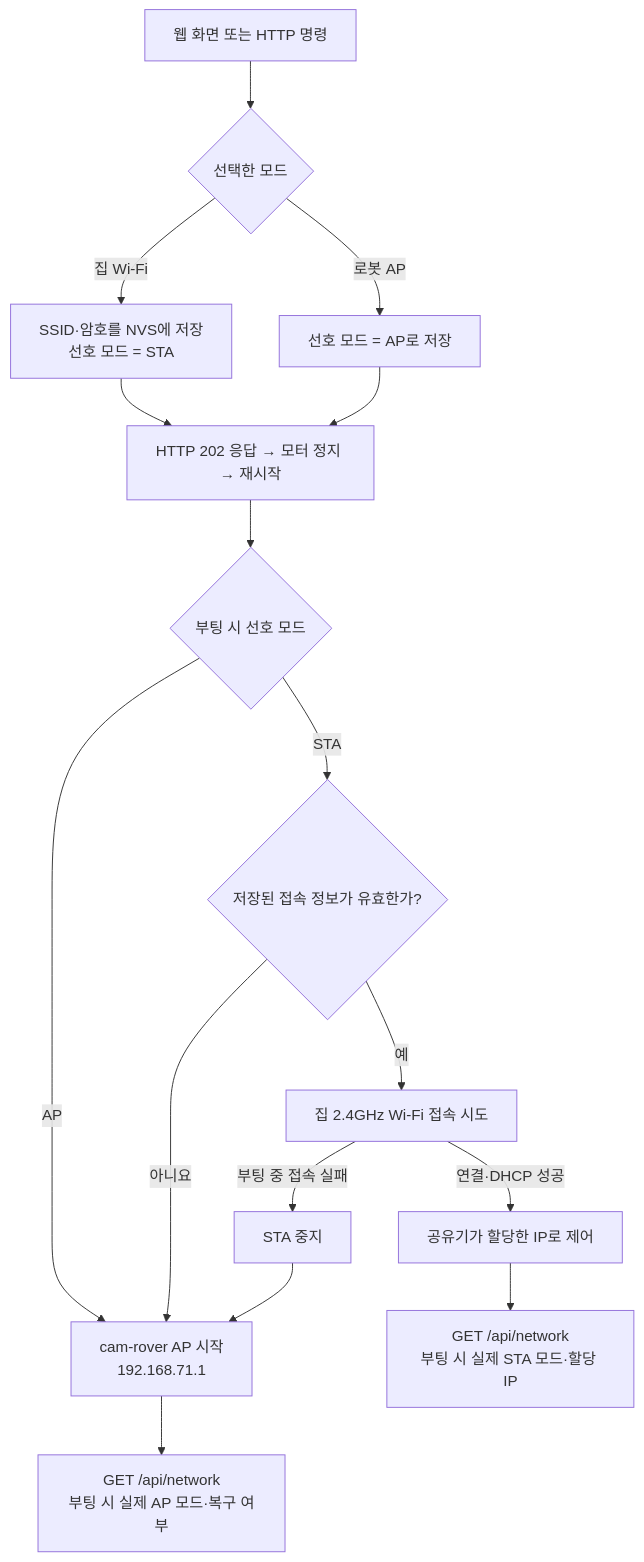
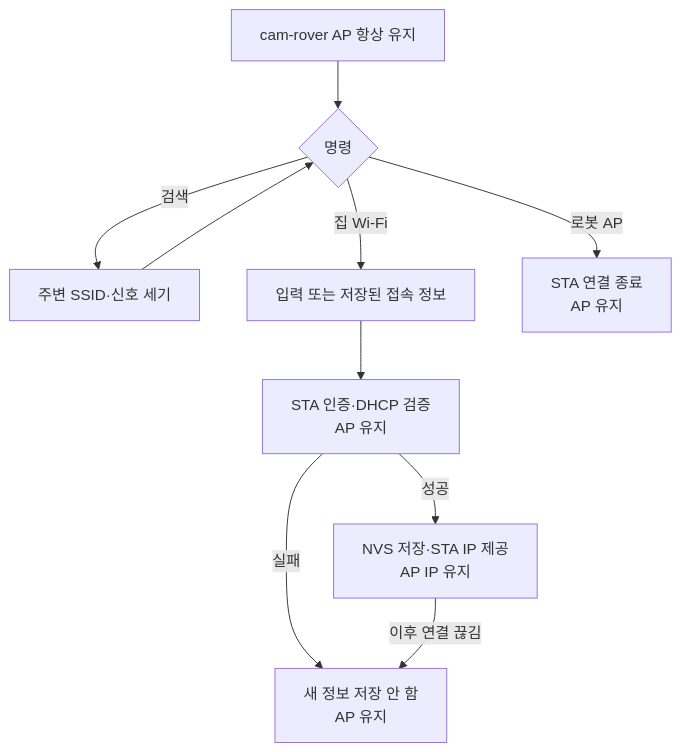
One commit to Parkwochang/cam-rover-esp32 changed the third of 3 diagrams in README.ko.md. Above: the diagram before and after it, drawn with Mermaid. The commit also changed other lines of this file and 3 other files, not shown here.

````diff
--- a/README.ko.md
+++ b/README.ko.md
@@ -158,18 +160,12 @@
 ```mermaid
 flowchart TD
-    A["웹 화면 또는 HTTP 명령"] --> B{"선택한 모드"}
-    B -->|"집 Wi-Fi"| C["SSID·암호를 NVS에 저장<br/>선호 모드 = STA"]
-    B -->|"로봇 AP"| D["선호 모드 = AP로 저장"]
-    C --> E["HTTP 202 응답 → 모터 정지 → 재시작"]
-    D --> E
-    E --> F{"부팅 시 선호 모드"}
-    F -->|"AP"| G["cam-rover AP 시작<br/>192.168.71.1"]
-    F -->|"STA"| H{"저장된 접속 정보가 유효한가?"}
-    H -->|"아니요"| G
-    H -->|"예"| I["집 2.4GHz Wi-Fi 접속 시도"]
-    I -->|"연결·DHCP 성공"| J["공유기가 할당한 IP로 제어"]
-    I -->|"부팅 중 접속 실패"| K["STA 중지"]
-    K --> G
-    G --> L["GET /api/network<br/>부팅 시 실제 AP 모드·복구 여부"]
-    J --> M["GET /api/network<br/>부팅 시 실제 STA 모드·할당 IP"]
+    A["cam-rover AP 항상 유지"] --> B{"명령"}
+    B -->|"검색"| C["주변 SSID·신호 세기"]
+    C --> B
+    B -->|"집 Wi-Fi"| D["입력 또는 저장된 접속 정보"]
+    D --> E["STA 인증·DHCP 검증<br/>AP 유지"]
+    E -->|"성공"| F["NVS 저장·STA IP 제공<br/>AP IP 유지"]
+    E -->|"실패"| G["새 정보 저장 안 함<br/>AP 유지"]
+    F -->|"이후 연결 끊김"| G
+    B -->|"로봇 AP"| H["STA 연결 종료<br/>AP 유지"]
 ```
````
